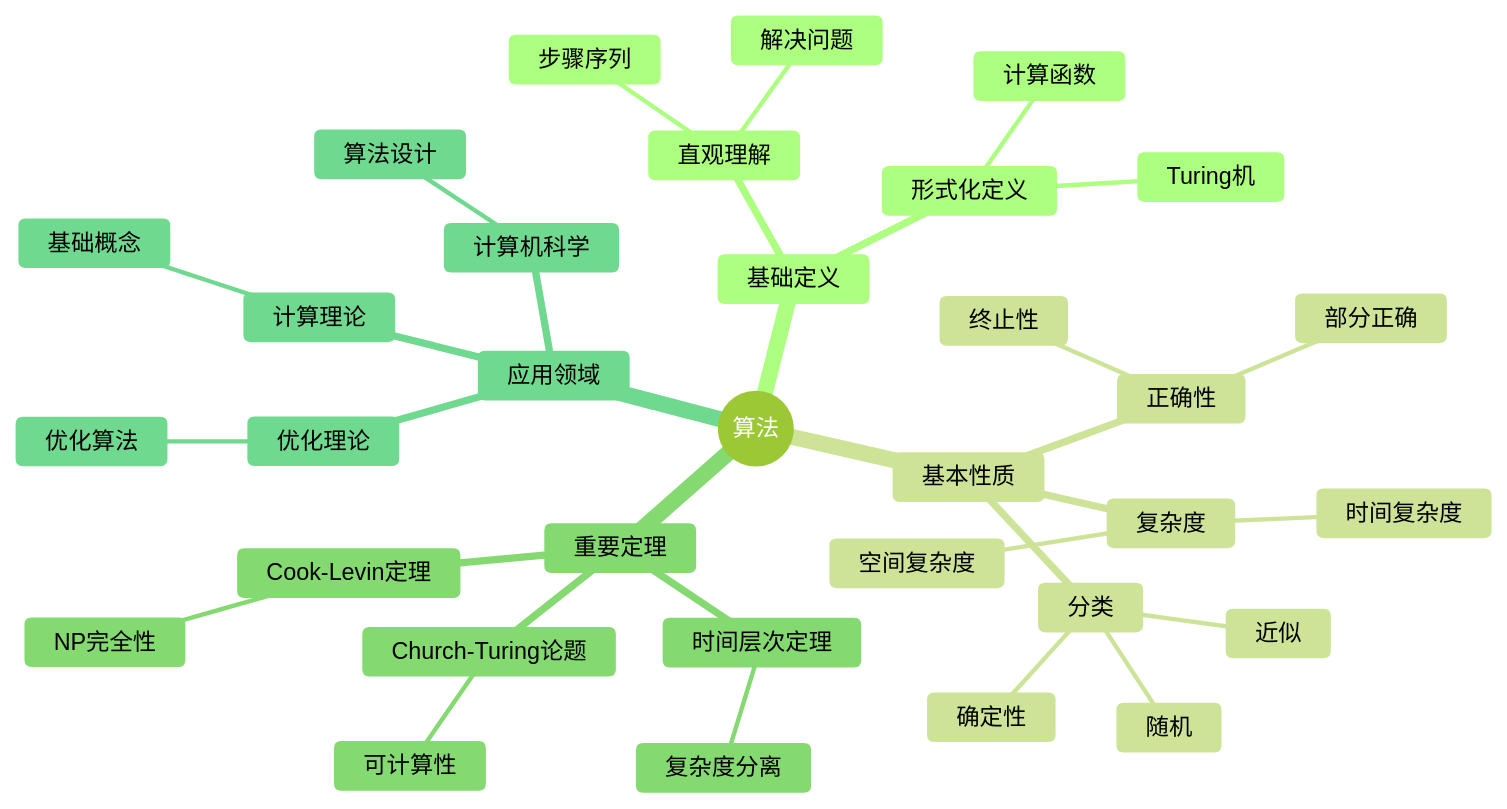
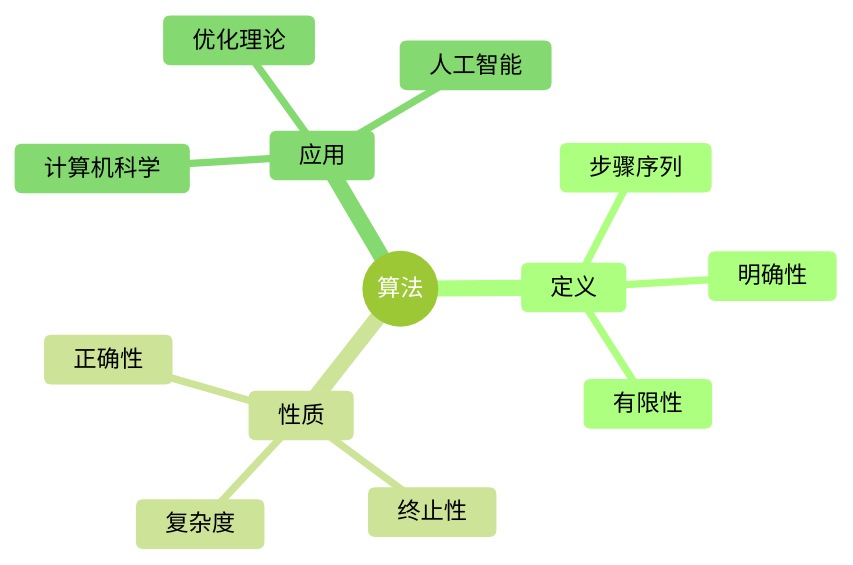
One commit to AdaMartin18010/FormalMath changed the first of 11 diagrams in concept/核心概念/31-算法.md. Above: the diagram before and after it, drawn with Mermaid (forest theme). The commit also changed other lines of this file and 4793 other files, not shown here.

````diff
--- a/concept/核心概念/31-算法.md
+++ b/concept/核心概念/31-算法.md
@@ -504,36 +1149,16 @@
 ```mermaid
 mindmap
   root((算法))
-    基础定义
-      直观理解
-        步骤序列
-        解决问题
-      形式化定义
-        Turing机
-        计算函数
-    基本性质
+    定义
+      步骤序列
+      明确性
+      有限性
+    性质
       正确性
-        部分正确
-        终止性
+      终止性
       复杂度
-        时间复杂度
-        空间复杂度
-      分类
-        确定性
-        随机
-        近似
-    重要定理
-      Church-Turing论题
-        可计算性
-      时间层次定理
-        复杂度分离
-      Cook-Levin定理
-        NP完全性
-    应用领域
-      计算理论
-        基础概念
+    应用
       计算机科学
-        算法设计
       优化理论
-        优化算法
+      人工智能
 ```
````
